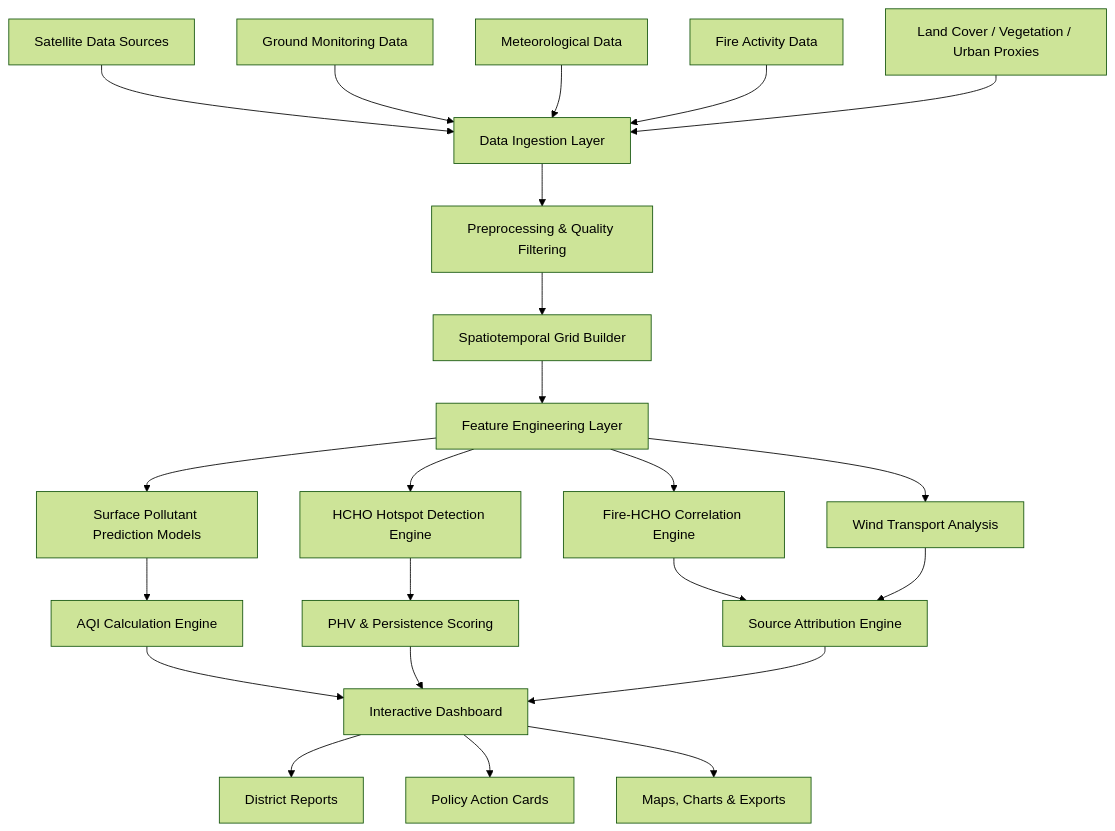
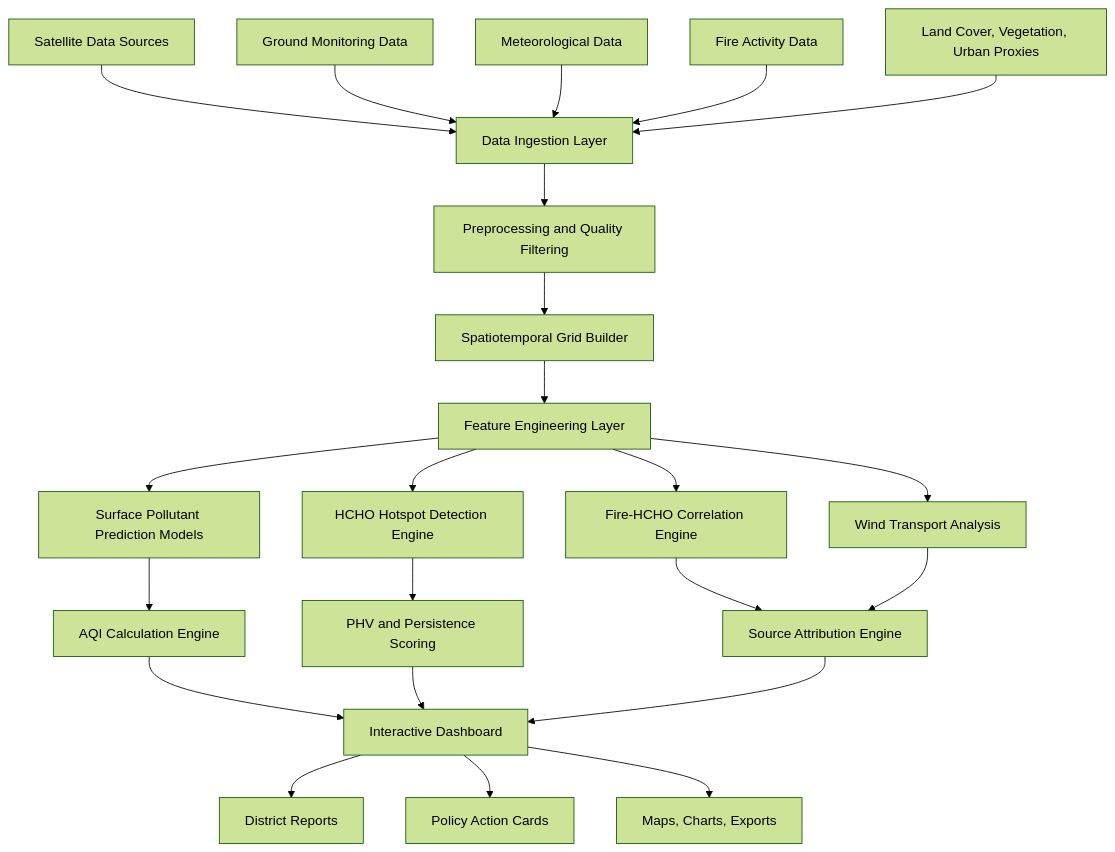
Before and after one commit to aksh08022006/vayu-aqi-hcho: the first of 3 diagrams in README.md, drawn with Mermaid (forest theme). The commit also changed other lines of this file, not shown here.

Commit message:
Fix README Mermaid rendering

````diff
--- a/README.md
+++ b/README.md
@@ -103,30 +103,30 @@
 ```mermaid
 flowchart TD
-    A[Satellite Data Sources] --> B[Data Ingestion Layer]
-    C[Ground Monitoring Data] --> B
-    D[Meteorological Data] --> B
-    E[Fire Activity Data] --> B
-    F[Land Cover / Vegetation / Urban Proxies] --> B
+    A["Satellite Data Sources"] --> B["Data Ingestion Layer"]
+    C["Ground Monitoring Data"] --> B
+    D["Meteorological Data"] --> B
+    E["Fire Activity Data"] --> B
+    F["Land Cover, Vegetation, Urban Proxies"] --> B
 
-    B --> G[Preprocessing & Quality Filtering]
-    G --> H[Spatiotemporal Grid Builder]
-    H --> I[Feature Engineering Layer]
+    B --> G["Preprocessing and Quality Filtering"]
+    G --> H["Spatiotemporal Grid Builder"]
+    H --> I["Feature Engineering Layer"]
 
-    I --> J[Surface Pollutant Prediction Models]
-    I --> K[HCHO Hotspot Detection Engine]
-    I --> L[Fire-HCHO Correlation Engine]
-    I --> M[Wind Transport Analysis]
+    I --> J["Surface Pollutant Prediction Models"]
+    I --> K["HCHO Hotspot Detection Engine"]
+    I --> L["Fire-HCHO Correlation Engine"]
+    I --> M["Wind Transport Analysis"]
 
-    J --> N[AQI Calculation Engine]
-    K --> O[PHV & Persistence Scoring]
-    L --> P[Source Attribution Engine]
+    J --> N["AQI Calculation Engine"]
+    K --> O["PHV and Persistence Scoring"]
+    L --> P["Source Attribution Engine"]
     M --> P
 
-    N --> Q[Interactive Dashboard]
+    N --> Q["Interactive Dashboard"]
     O --> Q
     P --> Q
 
-    Q --> R[District Reports]
-    Q --> S[Policy Action Cards]
-    Q --> T[Maps, Charts & Exports]
+    Q --> R["District Reports"]
+    Q --> S["Policy Action Cards"]
+    Q --> T["Maps, Charts, Exports"]
 ```
````
